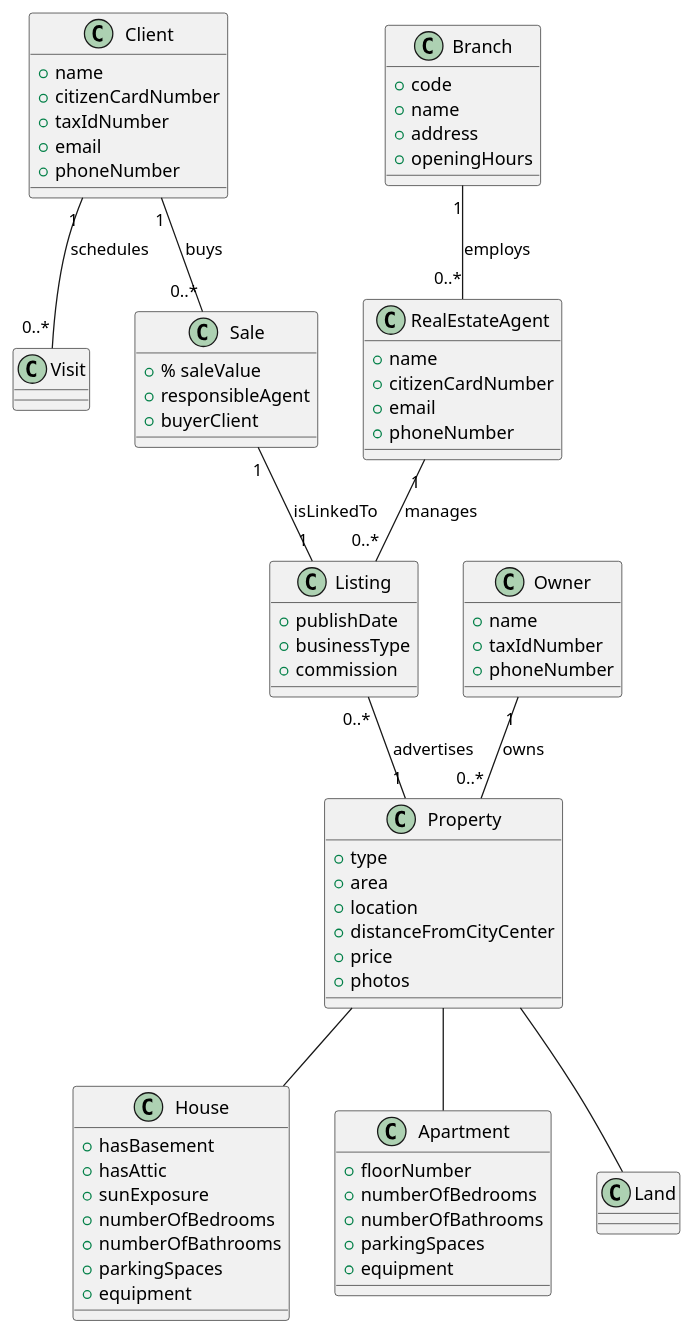
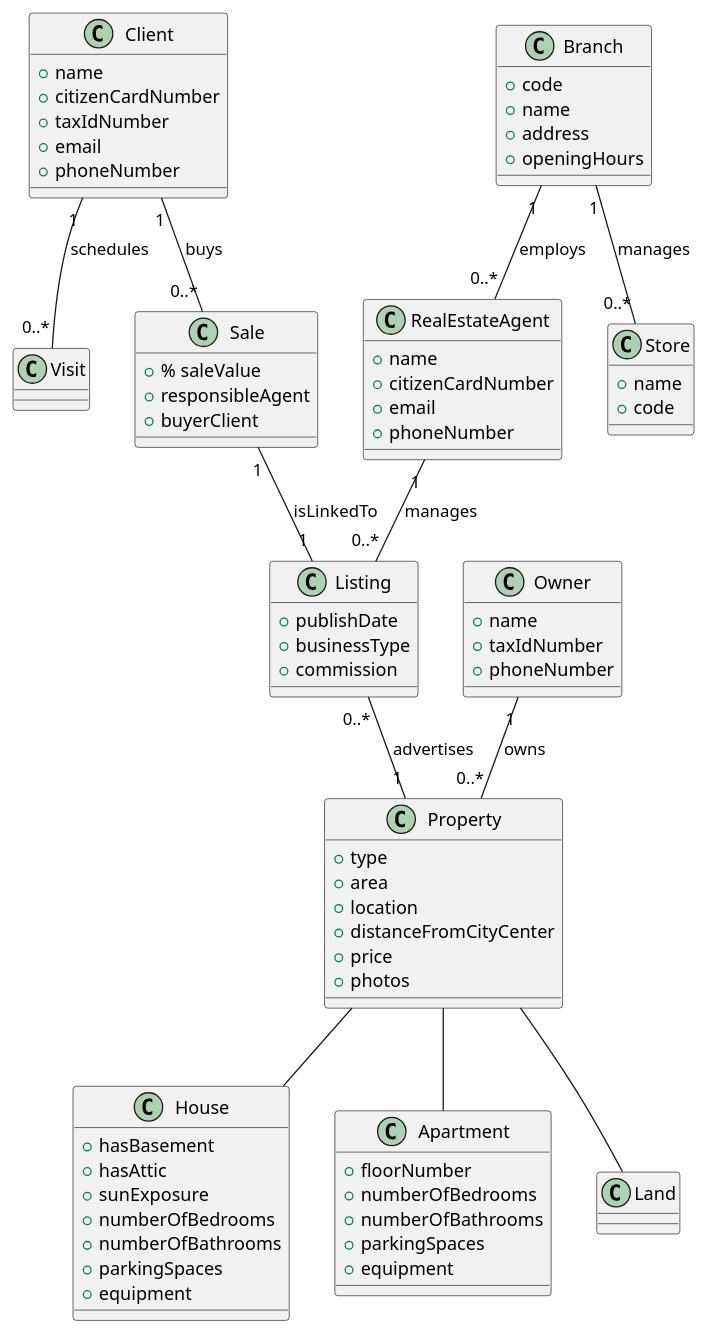
The diagram in docs/Sprint1/Global_Artifacts/DM.puml (goncalomaia18/leti-esoft-24-25-A2), drawn with PlantUML before and after one commit. The commit also changed 4 other files, not shown here.

```diff
--- a/docs/Sprint1/Global_Artifacts/DM.puml
+++ b/docs/Sprint1/Global_Artifacts/DM.puml
@@ -1,87 +1,92 @@
 @startuml
 
 class Client {
   +name
   +citizenCardNumber
   +taxIdNumber
   +email
   +phoneNumber
 }
 
 class Property {
   +type
   +area
   +location
   +distanceFromCityCenter
   +price
   +photos
 }
 
 class House {
   +hasBasement
   +hasAttic
   +sunExposure
   +numberOfBedrooms
   +numberOfBathrooms
   +parkingSpaces
   +equipment
 }
 
 class Apartment {
   +floorNumber
   +numberOfBedrooms
   +numberOfBathrooms
   +parkingSpaces
   +equipment
 }
 
 class Land {
 }
 
 class Owner {
   +name
   +taxIdNumber
   +phoneNumber
 }
 
 class RealEstateAgent {
   +name
   +citizenCardNumber
   +email
   +phoneNumber
 }
 
 class Listing {
   +publishDate
   +businessType
   +commission
 }
 
 class Visit {
 }
 
 class Branch {
   +code
   +name
   +address
   +openingHours
 }
 
 class Sale {
   +% saleValue
   +responsibleAgent
   +buyerClient
 }
+class Store{
++name
++code
+}
 
 Client "1" -- "0..*" Visit : schedules
 Owner "1" -- "0..*" Property : owns
+Branch "1" -- "0..*" Store : manages
 Property -- House
 Property -- Apartment
 Property -- Land
 RealEstateAgent "1" -- "0..*" Listing : manages
 Listing "0..*" -- "1" Property : advertises
 Branch "1" -- "0..*" RealEstateAgent : employs
 Client "1" -- "0..*" Sale : buys
 Sale "1" -- "1" Listing : isLinkedTo
 
 @enduml
```
